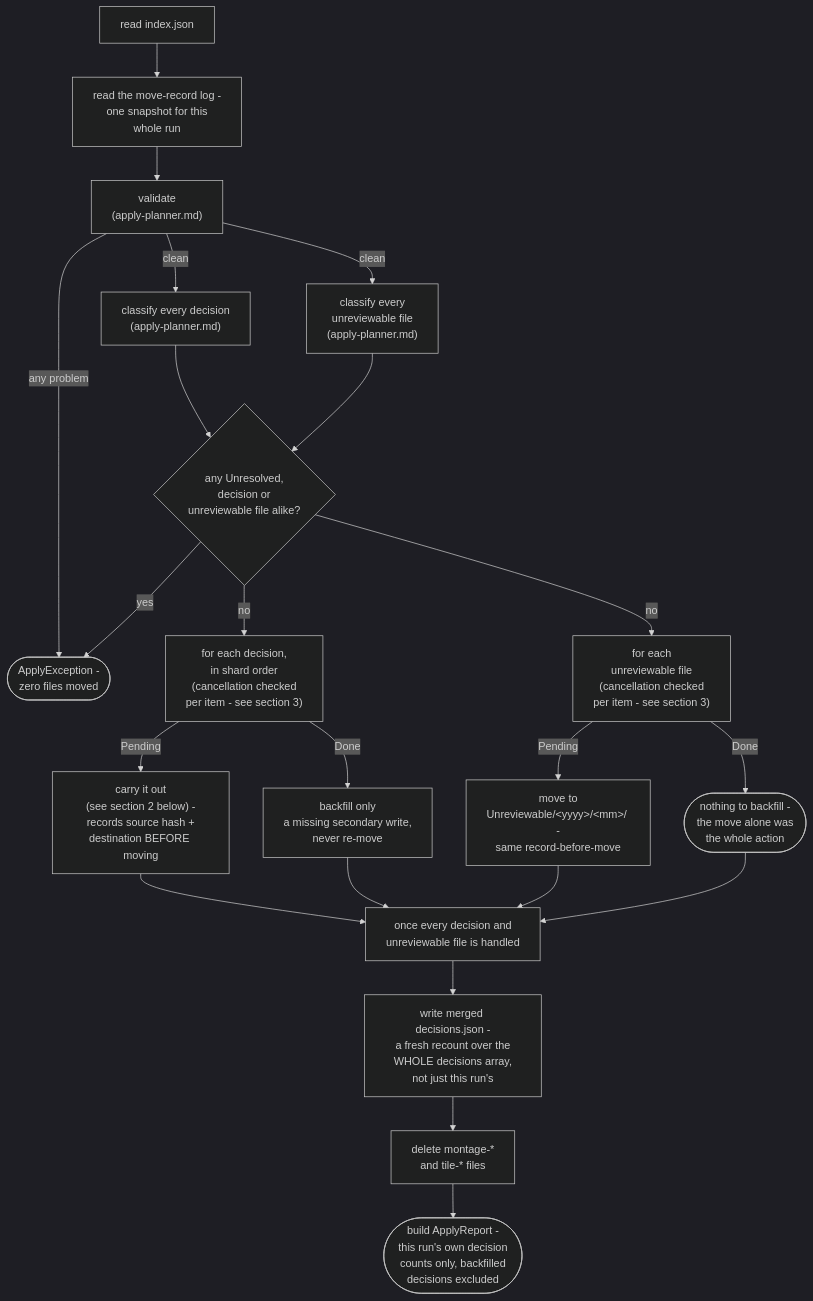
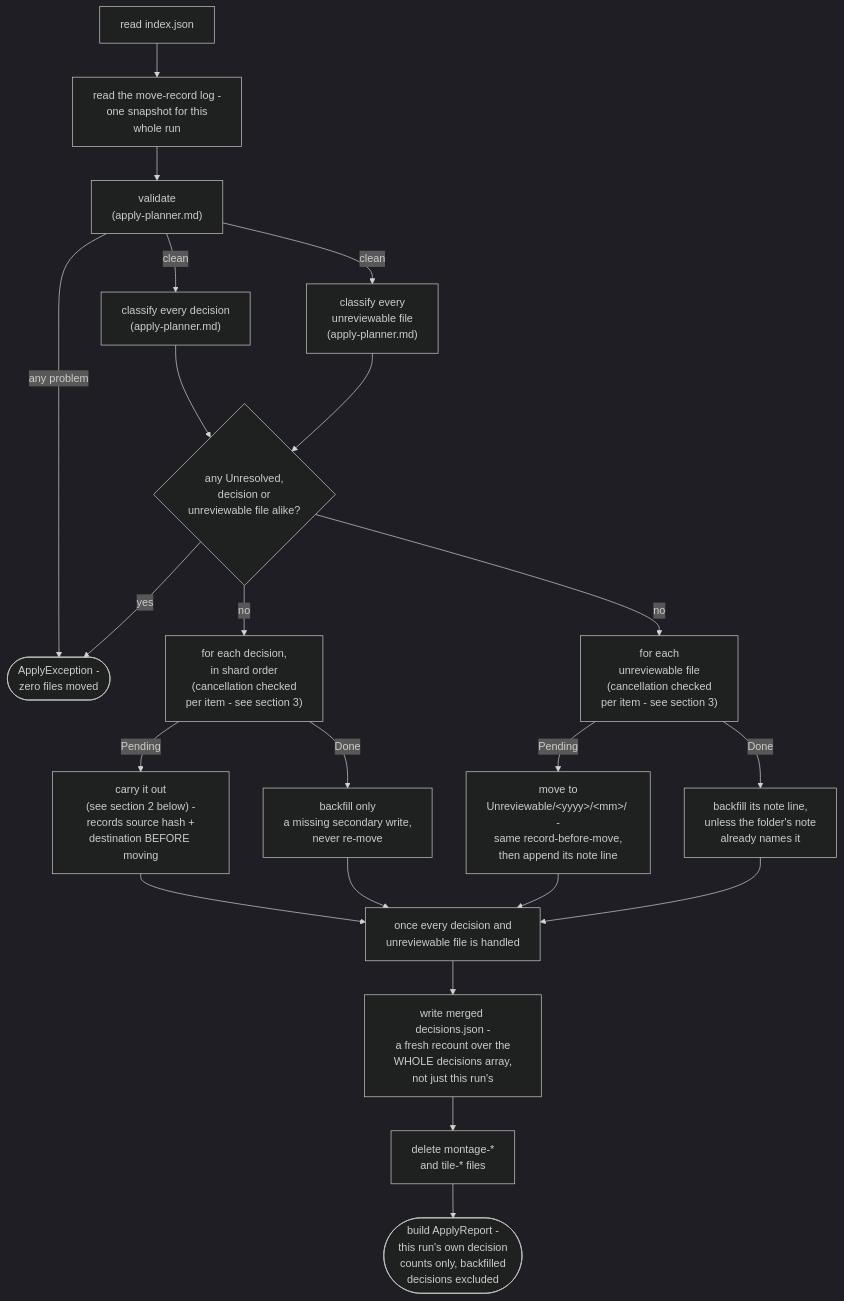
One commit to AdrianNachev91/sluice changed the first of 3 diagrams in app/docs/design/application/service/apply-engine.md. Above: the diagram before and after it, drawn with Mermaid (dark theme). The commit also changed other lines of this file and 83 other files, not shown here.

````diff
--- a/app/docs/design/application/service/apply-engine.md
+++ b/app/docs/design/application/service/apply-engine.md
@@ -10,24 +10,24 @@
 ```mermaid
 flowchart TD
     A["read index.json"] --> A2["read the move-record log -<br/>one snapshot for this<br/>whole run"]
     A2 --> B["validate<br/>(apply-planner.md)"]
     B -- any problem --> Z(["ApplyException -<br/>zero files moved"])
     B -- clean --> D["classify every decision<br/>(apply-planner.md)"]
     B -- clean --> D2["classify every<br/>unreviewable file<br/>(apply-planner.md)"]
     D --> F{"any Unresolved,<br/>decision or<br/>unreviewable file alike?"}
     D2 --> F
     F -- yes --> Z
     F -- no --> E["for each decision,<br/>in shard order<br/>(cancellation checked<br/>per item - see section 3)"]
     F -- no --> E2["for each<br/>unreviewable file<br/>(cancellation checked<br/>per item - see section 3)"]
     E -- Pending --> G["carry it out<br/>(see section 2 below) -<br/>records source hash +<br/>destination BEFORE moving"]
     E -- Done --> H["backfill only<br/>a missing secondary write,<br/>never re-move"]
-    E2 -- Pending --> G2["move to<br/>Unreviewable/&lt;yyyy&gt;/&lt;mm&gt;/ -<br/>same record-before-move"]
-    E2 -- Done --> H2(["nothing to backfill -<br/>the move alone was<br/>the whole action"])
+    E2 -- Pending --> G2["move to<br/>Unreviewable/&lt;yyyy&gt;/&lt;mm&gt;/ -<br/>same record-before-move,<br/>then append its note line"]
+    E2 -- Done --> H2["backfill its note line,<br/>unless the folder's note<br/>already names it"]
     G --> I["once every decision and<br/>unreviewable file is handled"]
     H --> I
     G2 --> I
     H2 --> I
     I --> J["write merged decisions.json -<br/>a fresh recount over the<br/>WHOLE decisions array,<br/>not just this run's"]
     J --> K["delete montage-*<br/>and tile-* files"]
     K --> L(["build ApplyReport -<br/>this run's own decision<br/>counts only, backfilled<br/>decisions excluded"])
 ```
````
